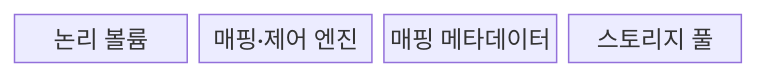
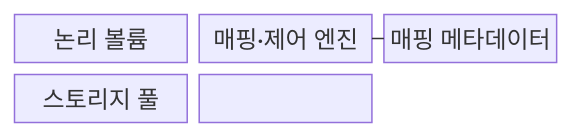
The first of 2 diagrams in src/content/docs/notes/02-hardware/081_storage_virtualization.md (agnusdei1207/knowledge-base), drawn with Mermaid before and after one commit. The commit also changed other lines of this file and 86 other files, not shown here.

````diff
--- a/src/content/docs/notes/02-hardware/081_storage_virtualization.md
+++ b/src/content/docs/notes/02-hardware/081_storage_virtualization.md
@@ -65,8 +65,10 @@
 ```mermaid
-block
-  columns 4
+block-beta
+  columns 3
   A["논리 볼륨"]
   B["매핑·제어 엔진"]
   C["매핑 메타데이터"]
   D["스토리지 풀"]
+  A --- B --- D
+  B --- C
 ```
````
